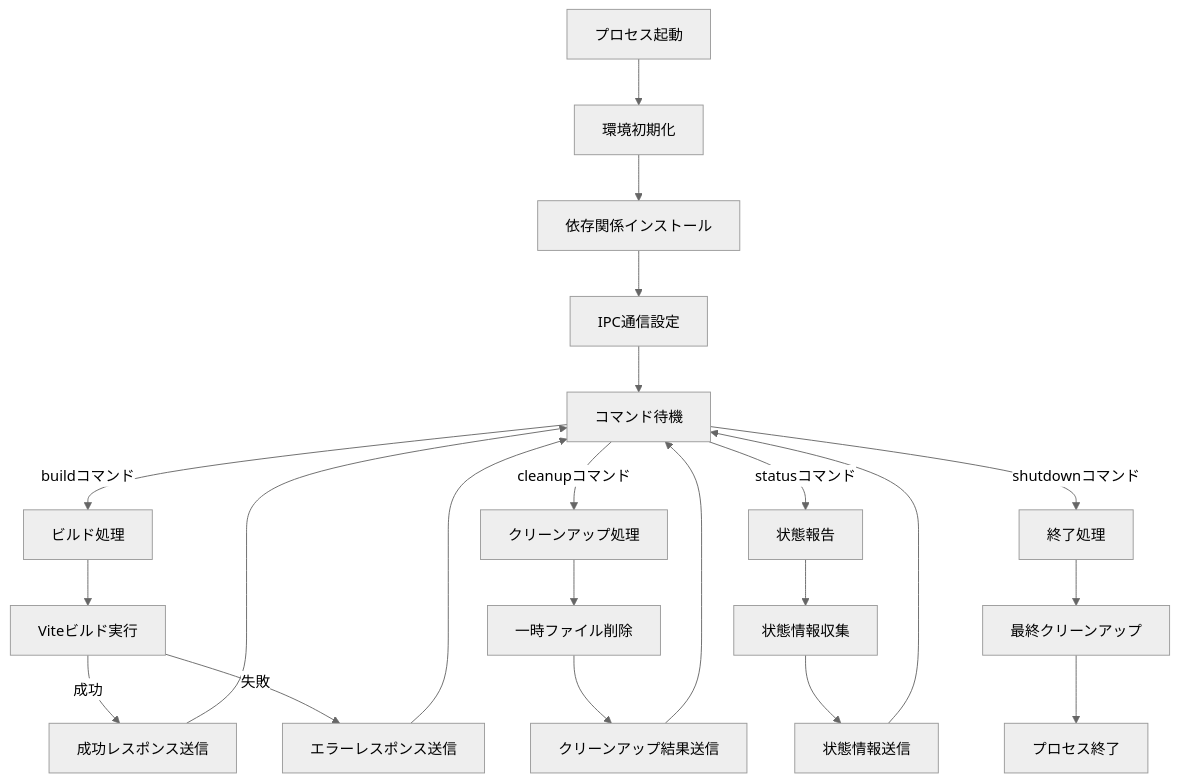
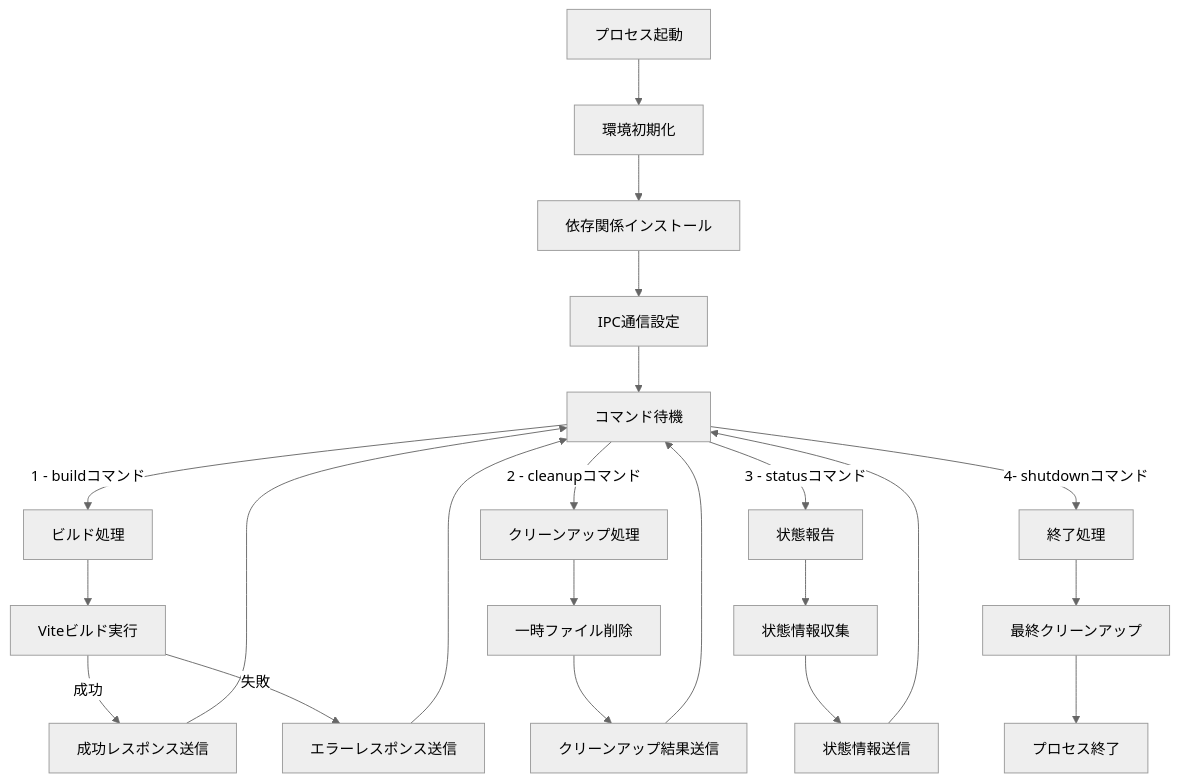
The third of 4 diagrams in Nodeプロセスプール方式 仕様書.md (shiftplus-corp-homan-keisuke/artifact), drawn with Mermaid (neutral theme) before and after one commit. The commit also changed other lines of this file and 2 other files, not shown here.

First line of the commit message:
Refactor build service to implement container pooling for improved build performance

````diff
--- a/Nodeプロセスプール方式 仕様書.md
+++ b/Nodeプロセスプール方式 仕様書.md
@@ -120,29 +122,29 @@
 ```mermaid
 flowchart TD
     Start[プロセス起動] --> InitEnv[環境初期化]
     InitEnv --> InstallDeps[依存関係インストール]
     InstallDeps --> SetupIPC[IPC通信設定]
     SetupIPC --> WaitCommands[コマンド待機]
-    
-    WaitCommands --> |buildコマンド| HandleBuild[ビルド処理]
-    WaitCommands --> |cleanupコマンド| HandleCleanup[クリーンアップ処理]
-    WaitCommands --> |statusコマンド| HandleStatus[状態報告]
-    WaitCommands --> |shutdownコマンド| HandleShutdown[終了処理]
-    
+
+    WaitCommands --> |1 - buildコマンド| HandleBuild[ビルド処理]
+    WaitCommands --> |2 - cleanupコマンド| HandleCleanup[クリーンアップ処理]
+    WaitCommands --> |3 - statusコマンド| HandleStatus[状態報告]
+    WaitCommands --> |4- shutdownコマンド| HandleShutdown[終了処理]
+
     HandleBuild --> ProcessBuild[Viteビルド実行]
     ProcessBuild --> |成功| SendSuccess[成功レスポンス送信]
     ProcessBuild --> |失敗| SendError[エラーレスポンス送信]
     SendSuccess --> WaitCommands
     SendError --> WaitCommands
-    
+
     HandleCleanup --> CleanFiles[一時ファイル削除]
     CleanFiles --> SendCleanupResult[クリーンアップ結果送信]
     SendCleanupResult --> WaitCommands
-    
+
     HandleStatus --> CollectStats[状態情報収集]
     CollectStats --> SendStats[状態情報送信]
     SendStats --> WaitCommands
-    
+
     HandleShutdown --> Cleanup[最終クリーンアップ]
     Cleanup --> Exit[プロセス終了]
 ```
````
